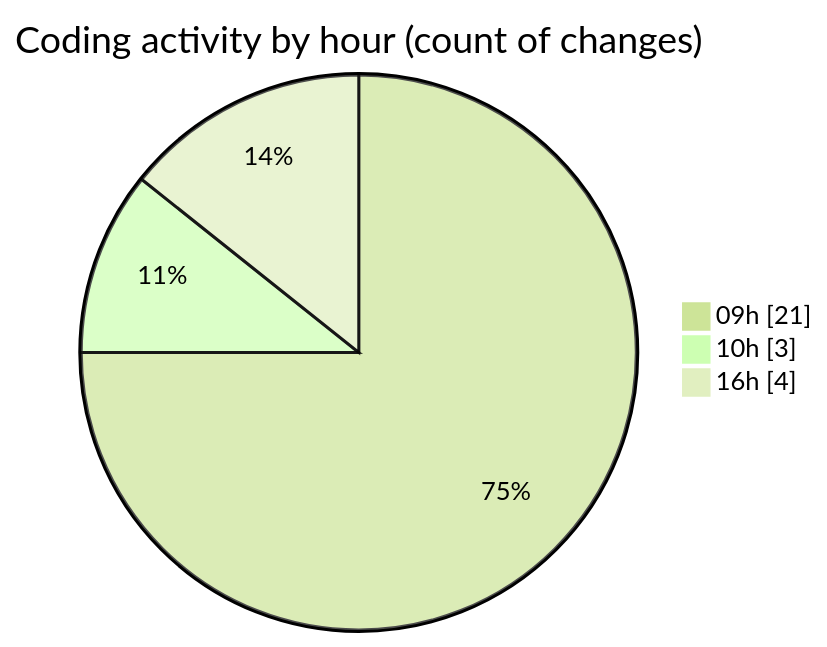
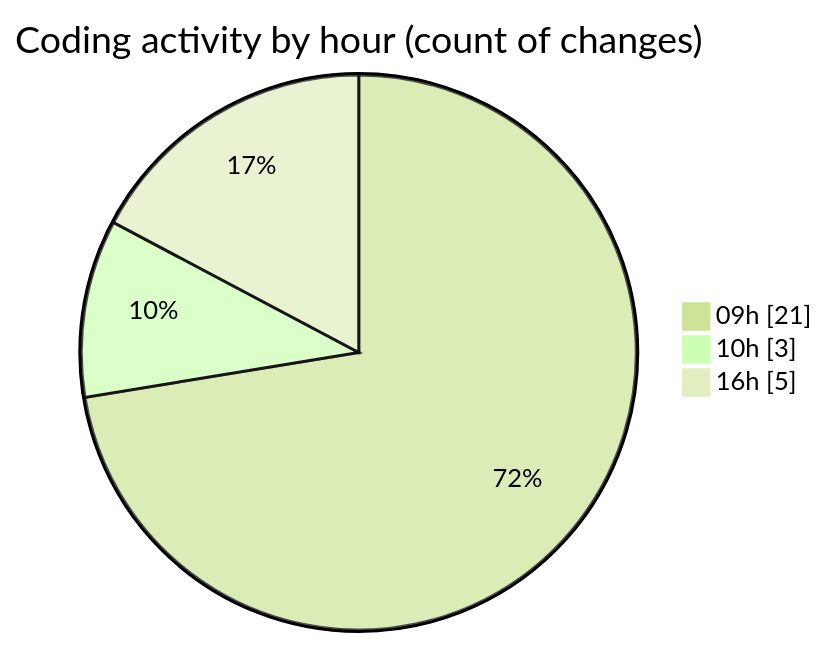
One commit to momahboobian/code-tracking changed the second of 2 diagrams in 2025-12-17/cda/README.md. Above: the diagram before and after it, drawn with Mermaid (forest theme). The commit also changed other lines of this file and 1 other file, not shown here.

````diff
--- a/2025-12-17/cda/README.md
+++ b/2025-12-17/cda/README.md
@@ -45,7 +47,7 @@
 ```mermaid
 pie showData
 title Coding activity by hour (count of changes)
 "09h" : 21
 "10h" : 3
-"16h" : 4
+"16h" : 5
 ```
````
